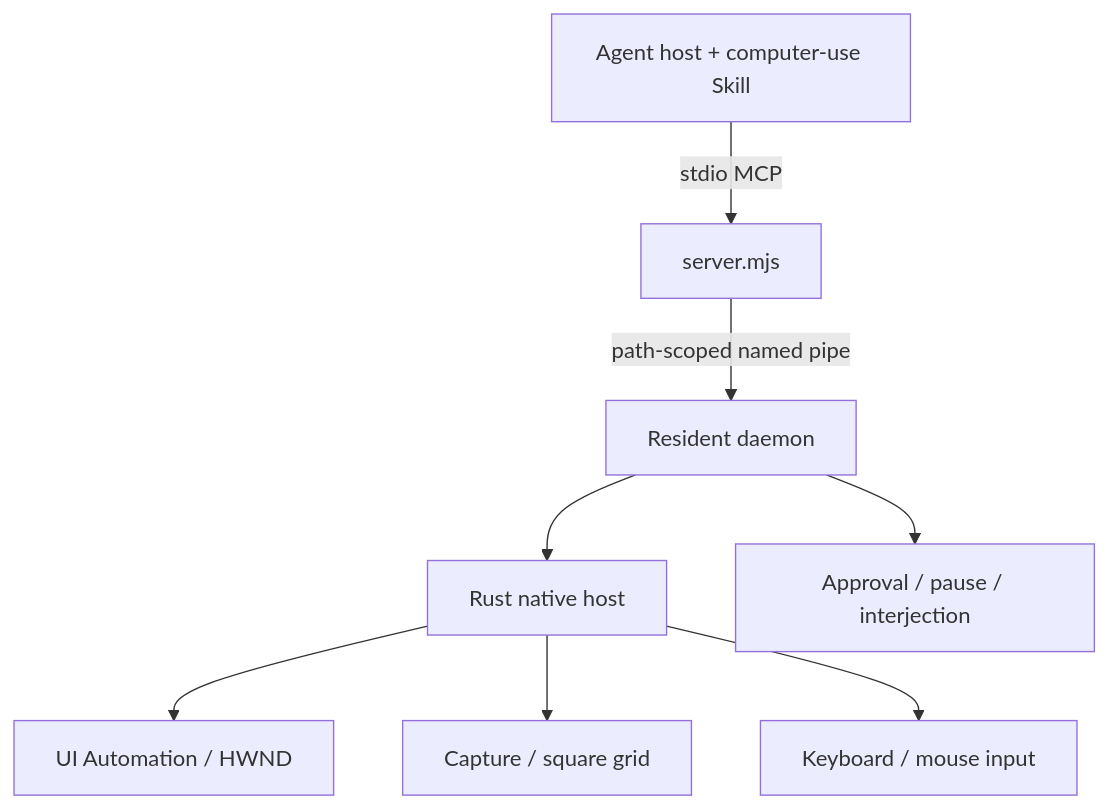
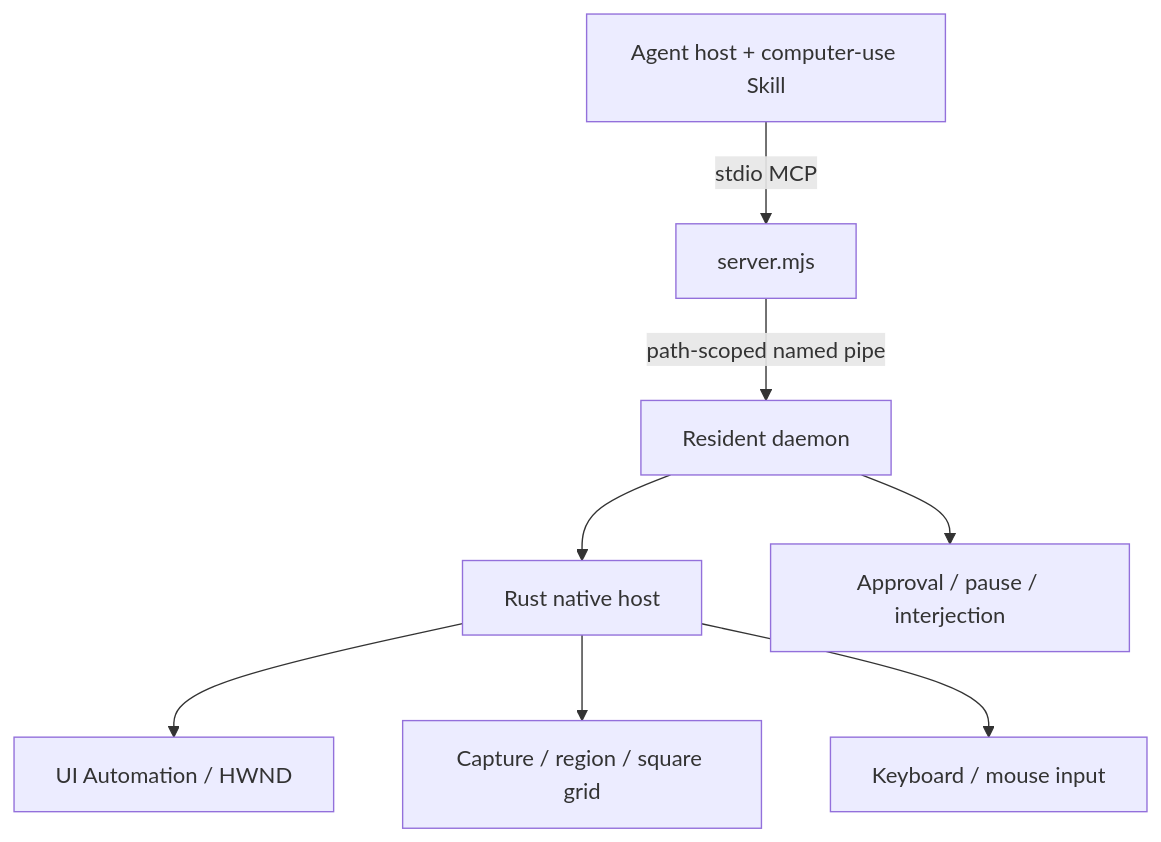
The diagram in README.md (Guojiz/FastCUA), drawn with Mermaid before and after one commit. The commit also changed other lines of this file, not shown here.

````diff
--- a/README.md
+++ b/README.md
@@ -141,10 +282,10 @@
 ```mermaid
 flowchart TB
   A["Agent host + computer-use Skill"] -->|"stdio MCP"| B["server.mjs"]
   B -->|"path-scoped named pipe"| C["Resident daemon"]
   C --> D["Rust native host"]
   D --> E["UI Automation / HWND"]
-  D --> F["Capture / square grid"]
+  D --> F["Capture / region / square grid"]
   D --> G["Keyboard / mouse input"]
   C --> H["Approval / pause / interjection"]
 ```
````
